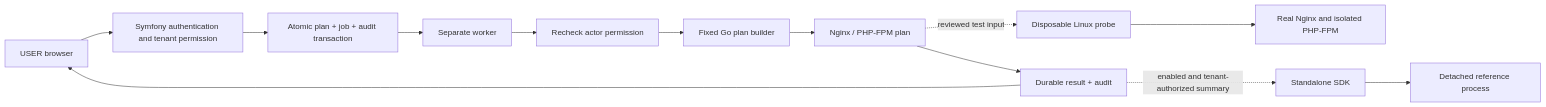
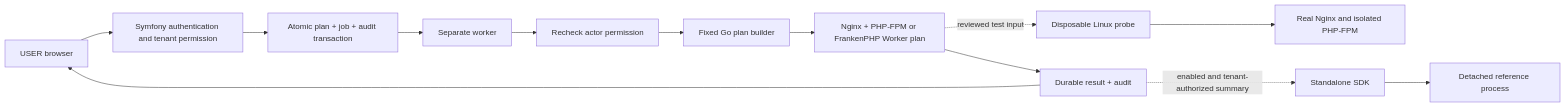
One commit to wcp360/wcp360 changed the diagram in documentation/development/EXECUTABLE-CANDIDATE.md. Above: the diagram before and after it, drawn with Mermaid. The commit also changed other lines of this file and 39 other files, not shown here.

First line of the commit message:
feat(hosting): add opt-in per-site FrankenPHP Worker plans and global defaults

```diff
--- a/documentation/development/EXECUTABLE-CANDIDATE.md
+++ b/documentation/development/EXECUTABLE-CANDIDATE.md
@@ -97,15 +101,15 @@
 ~~~mermaid
 flowchart LR
   B[USER browser] --> S[Symfony authentication and tenant permission]
   S --> T[Atomic plan + job + audit transaction]
   T --> W[Separate worker]
   W --> R[Recheck actor permission]
   R --> G[Fixed Go plan builder]
-  G --> P[Nginx / PHP-FPM plan]
+  G --> P[Nginx + PHP-FPM or FrankenPHP Worker plan]
   P --> D[Durable result + audit]
   D --> B
   C[Disposable Linux probe] --> N[Real Nginx and isolated PHP-FPM]
   P -. reviewed test input .-> C
   D -. enabled and tenant-authorized summary .-> SDK[Standalone SDK]
   SDK --> X[Detached reference process]
 ~~~
```
